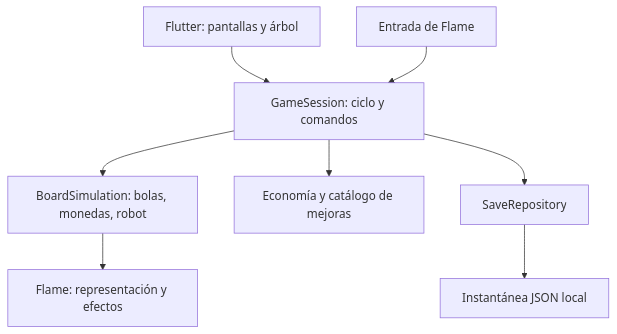
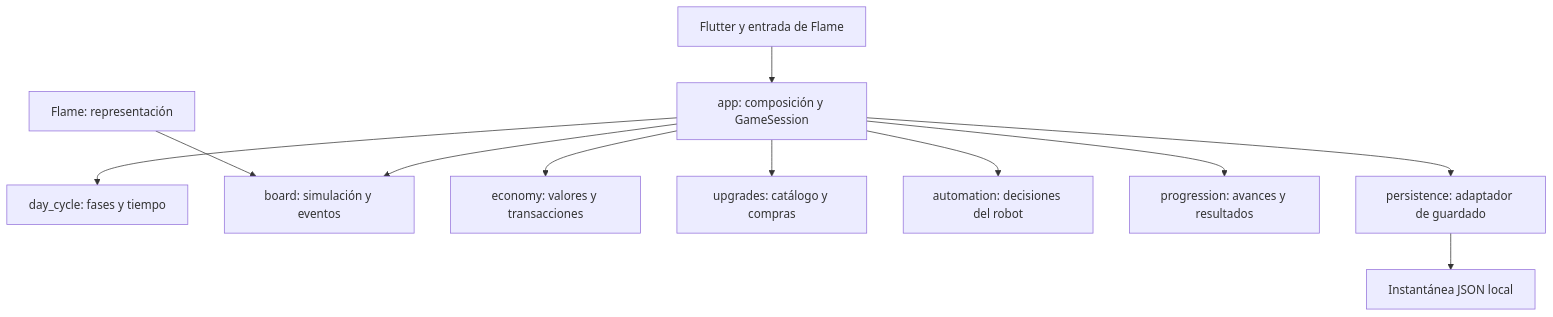
Before and after one commit to migdlp/incremental_hole_game: the diagram in docs/arquitectura.md, drawn with Mermaid. The commit also changed other lines of this file and 3 other files, not shown here.

Commit message:
docs: define modular architecture and ownership boundaries

````diff
--- a/docs/arquitectura.md
+++ b/docs/arquitectura.md
@@ -22,10 +28,13 @@
 ```mermaid
 flowchart TD
-    UI[Flutter: pantallas y árbol] --> S[GameSession: ciclo y comandos]
-    S --> SIM[BoardSimulation: bolas, monedas, robot]
-    S --> ECON[Economía y catálogo de mejoras]
-    S --> SAVE[SaveRepository]
-    SIM --> VIEW[Flame: representación y efectos]
-    INPUT[Entrada de Flame] --> S
+    APP[app: composición y GameSession] --> CYCLE[day_cycle: fases y tiempo]
+    APP --> BOARD[board: simulación y eventos]
+    APP --> ECON[economy: valores y transacciones]
+    APP --> UP[upgrades: catálogo y compras]
+    APP --> AUTO[automation: decisiones del robot]
+    APP --> PROG[progression: avances y resultados]
+    APP --> SAVE[persistence: adaptador de guardado]
+    UI[Flutter y entrada de Flame] --> APP
+    VIEW[Flame: representación] --> BOARD
     SAVE --> FILE[Instantánea JSON local]
 ```
````
